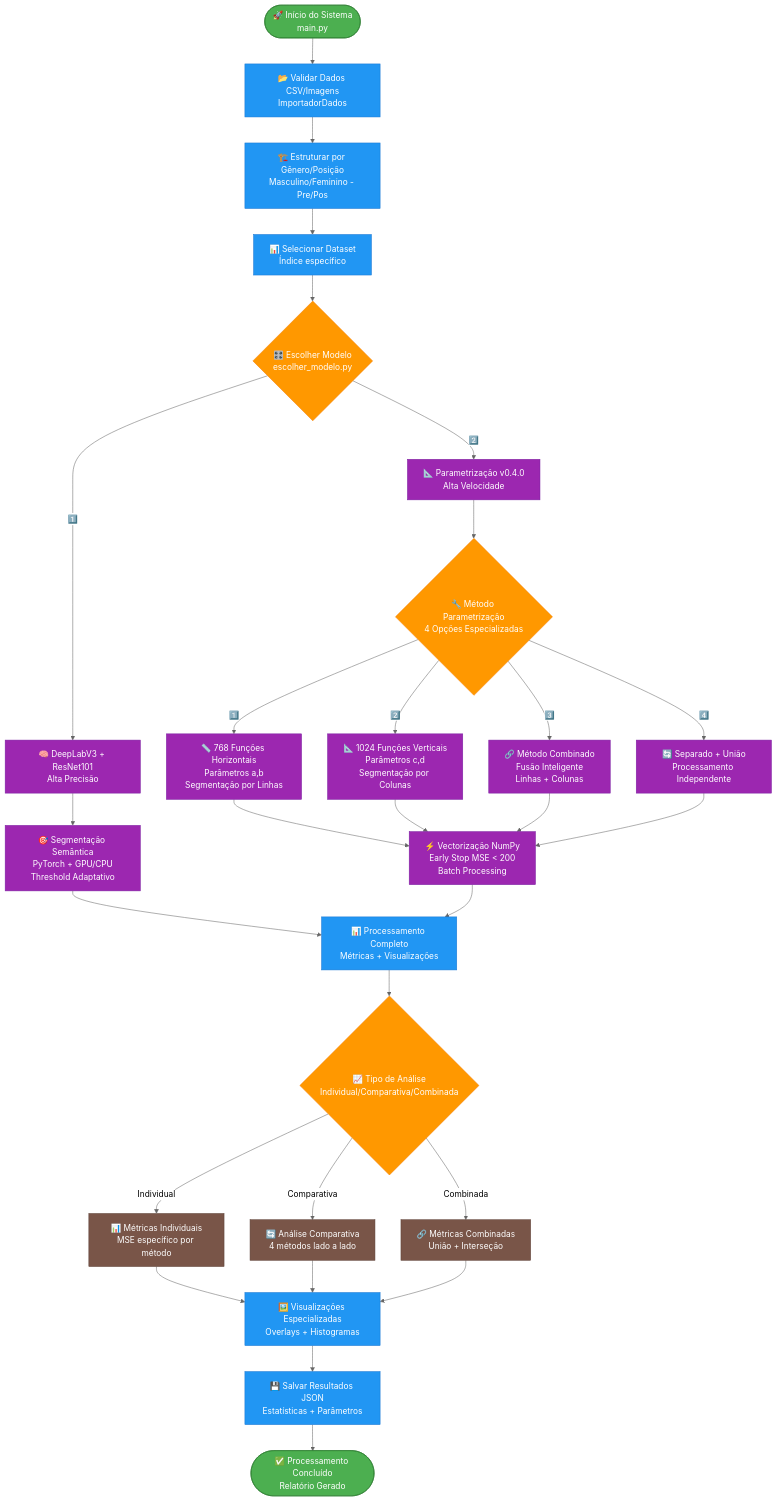
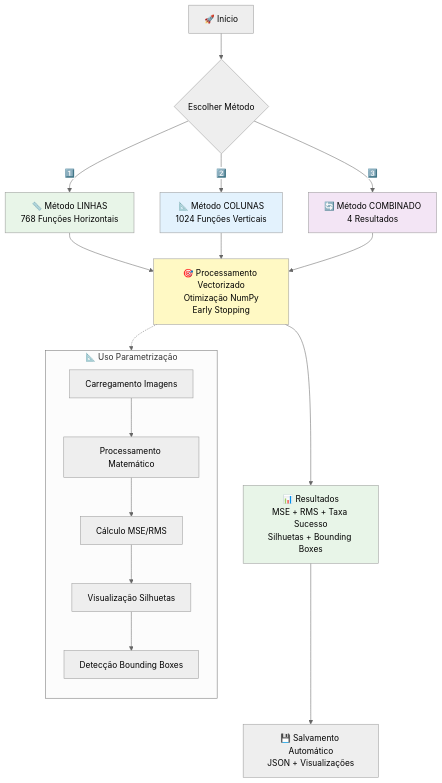
One commit to danilorigitano/DesafioInovia-dev changed the third of 9 diagrams in README.md. Above: the diagram before and after it, drawn with Mermaid (neutral theme). The commit also changed other lines of this file and 8 other files, not shown here.

````diff
--- a/README.md
+++ b/README.md
@@ -336,52 +102,37 @@
 ```mermaid
 flowchart TD
-    Start([🚀 Início do Sistema<br/>main.py]) --> ValidData[📂 Validar Dados CSV/Imagens<br/>ImportadorDados]
-    ValidData --> StructData[🏗️ Estruturar por Gênero/Posição<br/>Masculino/Feminino - Pre/Pos]
-    StructData --> DatasetSelect[📊 Selecionar Dataset<br/>Índice específico]
-    DatasetSelect --> ChooseModel{🎛️ Escolher Modelo<br/>escolher_modelo.py}
+    Start[🚀 Início] --> ChooseModel{Escolher Método}
     
-    ChooseModel -->|1️⃣| DeepLabV3[🧠 DeepLabV3 + ResNet101<br/>Alta Precisão]
-    ChooseModel -->|2️⃣| Parametrizacao[📐 Parametrização v0.4.0<br/>Alta Velocidade]
+    ChooseModel -->|1️⃣| Linhas[📏 Método LINHAS<br/>768 Funções Horizontais]
+    ChooseModel -->|2️⃣| Colunas[📐 Método COLUNAS<br/>1024 Funções Verticais]
+    ChooseModel -->|3️⃣| Combinado[🔄 Método COMBINADO<br/>4 Resultados]
     
-    DeepLabV3 --> DLProcess[🎯 Segmentação Semântica<br/>PyTorch + GPU/CPU<br/>Threshold Adaptativo]
-    Parametrizacao --> MethodChoice{🔧 Método Parametrização<br/>4 Opções Especializadas}
+    Linhas --> Process[🎯 Processamento Vectorizado<br/>Otimização NumPy<br/>Early Stopping]
+    Colunas --> Process
+    Combinado --> Process
     
-    MethodChoice -->|1️⃣| LinhasMethod[📏 768 Funções Horizontais<br/>Parâmetros a,b<br/>Segmentação por Linhas]
-    MethodChoice -->|2️⃣| ColunasMethod[📐 1024 Funções Verticais<br/>Parâmetros c,d<br/>Segmentação por Colunas]
-    MethodChoice -->|3️⃣| CombinedMethod[🔗 Método Combinado<br/>Fusão Inteligente<br/>Linhas + Colunas]
-    MethodChoice -->|4️⃣| SeparatedMethod[🔄 Separado + União<br/>Processamento Independente]
+    Process --> Results[📊 Resultados<br/>MSE + RMS + Taxa Sucesso<br/>Silhuetas + Bounding Boxes]
+    Results --> Save[💾 Salvamento Automático<br/>JSON + Visualizações]
     
-    LinhasMethod --> VectorProcess[⚡ Vectorização NumPy<br/>Early Stop MSE < 200<br/>Batch Processing]
-    ColunasMethod --> VectorProcess
-    CombinedMethod --> VectorProcess
-    SeparatedMethod --> VectorProcess
+    subgraph "📐 Uso Parametrização"
+        direction TB
+        ParamLoad[Carregamento Imagens]
+        ParamProcess[Processamento Matemático]
+        ParamMetrics[Cálculo MSE/RMS]
+        ParamVisualize[Visualização Silhuetas]
+        ParamBBox[Detecção Bounding Boxes]
+        
+        ParamLoad --> ParamProcess
+        ParamProcess --> ParamMetrics
+        ParamMetrics --> ParamVisualize
+        ParamVisualize --> ParamBBox
+    end
     
-    DLProcess --> Results[📊 Processamento Completo<br/>Métricas + Visualizações]
-    VectorProcess --> Results
+    Process -.-> ParamLoad
     
-    Results --> Analysis{📈 Tipo de Análise<br/>Individual/Comparativa/Combinada}
-    Analysis -->|Individual| IndividualMetrics[📊 Métricas Individuais<br/>MSE específico por método]
-    Analysis -->|Comparativa| ComparativeMetrics[🔄 Análise Comparativa<br/>4 métodos lado a lado]
-    Analysis -->|Combinada| CombinedMetrics[🔗 Métricas Combinadas<br/>União + Interseção]
-    
-    IndividualMetrics --> Visualizations[🖼️ Visualizações Especializadas<br/>Overlays + Histogramas]
-    ComparativeMetrics --> Visualizations
-    CombinedMetrics --> Visualizations
-    
-    Visualizations --> SaveJSON[💾 Salvar Resultados JSON<br/>Estatísticas + Parâmetros]
-    SaveJSON --> End([✅ Processamento Concluído<br/>Relatório Gerado])
-    
-    classDef start fill:#4CAF50,stroke:#2E7D32,color:#fff
-    classDef process fill:#2196F3,stroke:#1976D2,color:#fff
-    classDef decision fill:#FF9800,stroke:#F57C00,color:#fff
-    classDef model fill:#9C27B0,stroke:#7B1FA2,color:#fff
-    classDef analysis fill:#795548,stroke:#5D4037,color:#fff
-    classDef output fill:#F44336,stroke:#C62828,color:#fff
-    classDef finalization fill:#607D8B,stroke:#455A64,color:#fff
-    
-    class Start,End start
-    class ValidData,StructData,DatasetSelect,Results,Visualizations,SaveJSON process
-    class ChooseModel,MethodChoice,Analysis decision
-    class DeepLabV3,Parametrizacao,LinhasMethod,ColunasMethod,CombinedMethod,SeparatedMethod,DLProcess,VectorProcess model
-    class IndividualMetrics,ComparativeMetrics,CombinedMetrics analysis
+    style Linhas fill:#e8f5e8
+    style Colunas fill:#e3f2fd
+    style Combinado fill:#f3e5f5
+    style Process fill:#fff9c4
+    style Results fill:#e8f5e8
 ```
````
